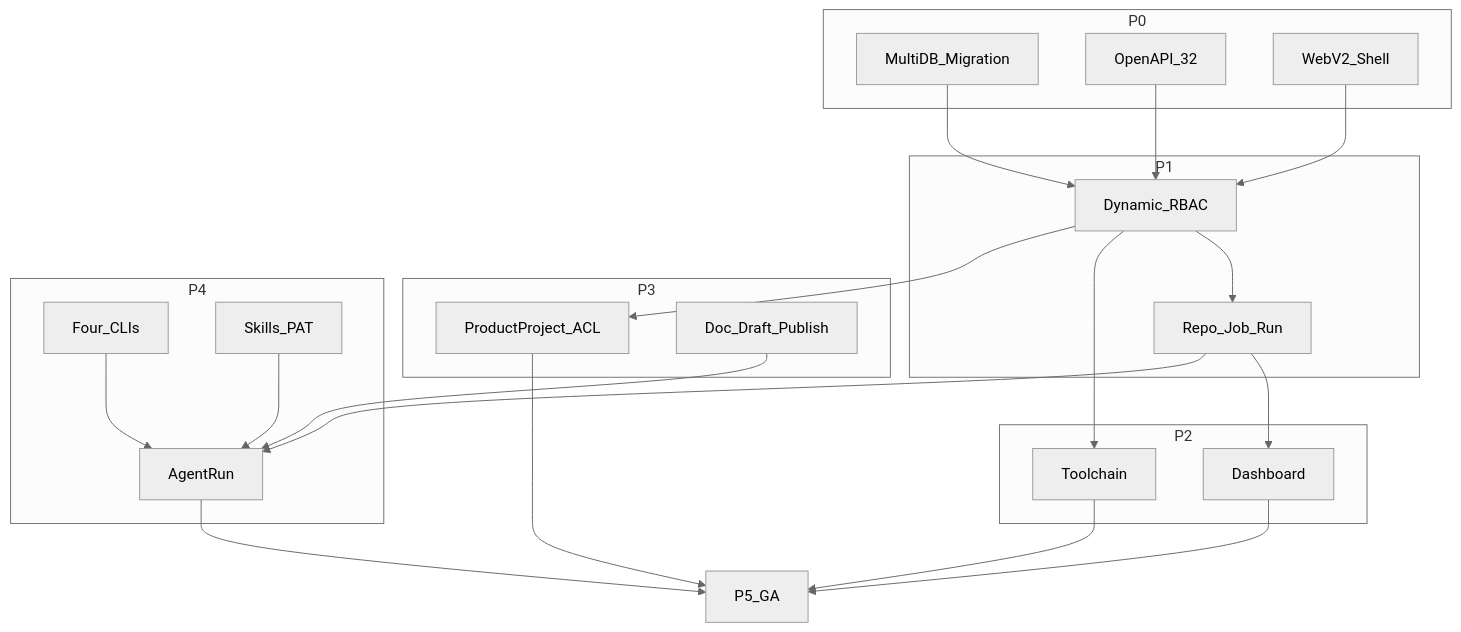
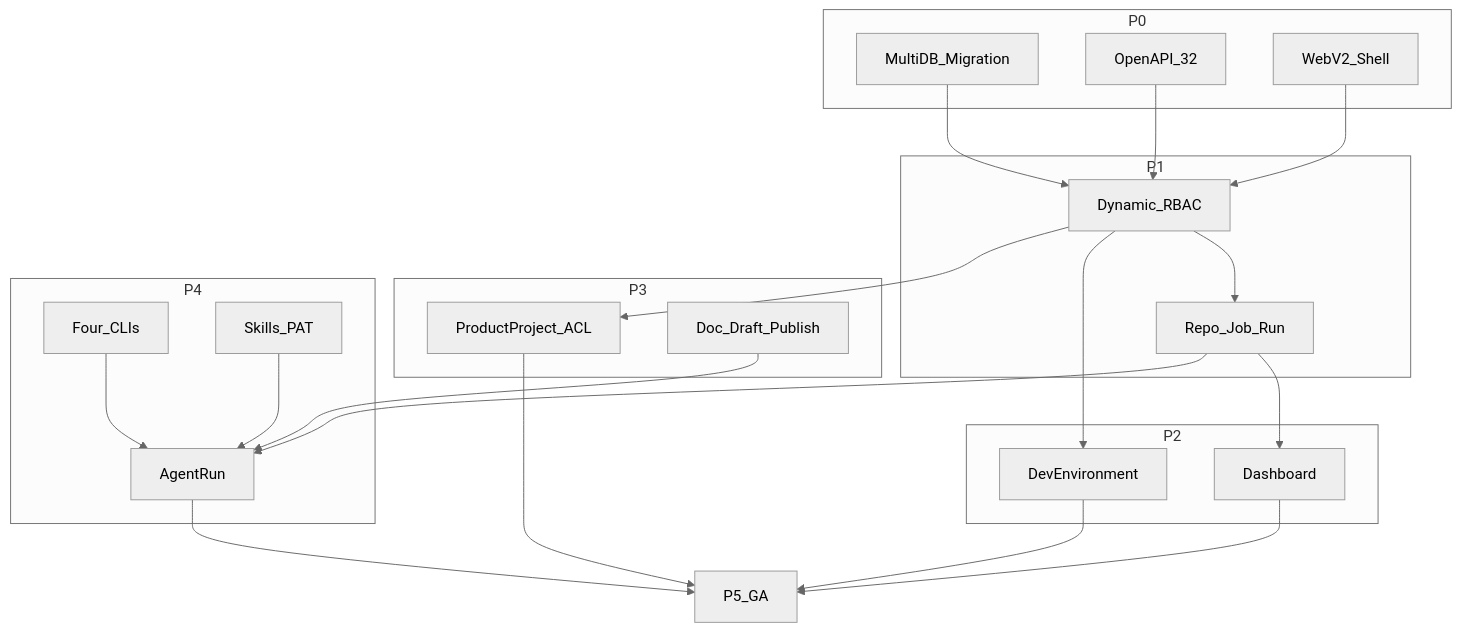
One commit to cabinet-fe/MiniDevOps changed the second of 2 diagrams in docs/ROADMAP.md. Above: the diagram before and after it, drawn with Mermaid (neutral theme). The commit also changed other lines of this file and 151 other files, not shown here.

````diff
--- a/docs/ROADMAP.md
+++ b/docs/ROADMAP.md
@@ -276,40 +276,40 @@
 ```mermaid
 flowchart TB
   subgraph foundation [P0]
     DB[MultiDB_Migration]
     OAS[OpenAPI_32]
     W2[WebV2_Shell]
   end
   subgraph core [P1]
     RBAC[Dynamic_RBAC]
     CICD[Repo_Job_Run]
   end
   subgraph ops [P2]
     Dash[Dashboard]
-    Tool[Toolchain]
+    Tool[DevEnvironment]
   end
   subgraph collab [P3]
     PM[ProductProject_ACL]
     Docs[Doc_Draft_Publish]
   end
   subgraph intel [P4]
     CLI[Four_CLIs]
     Agent[AgentRun]
     Skill[Skills_PAT]
   end
   DB --> RBAC
   OAS --> RBAC
   W2 --> RBAC
   RBAC --> CICD
   CICD --> Dash
   RBAC --> Tool
   RBAC --> PM
   CICD --> Agent
   Docs --> Agent
   CLI --> Agent
   Skill --> Agent
   Agent --> GA[P5_GA]
   PM --> GA
   Tool --> GA
   Dash --> GA
 ```
````
